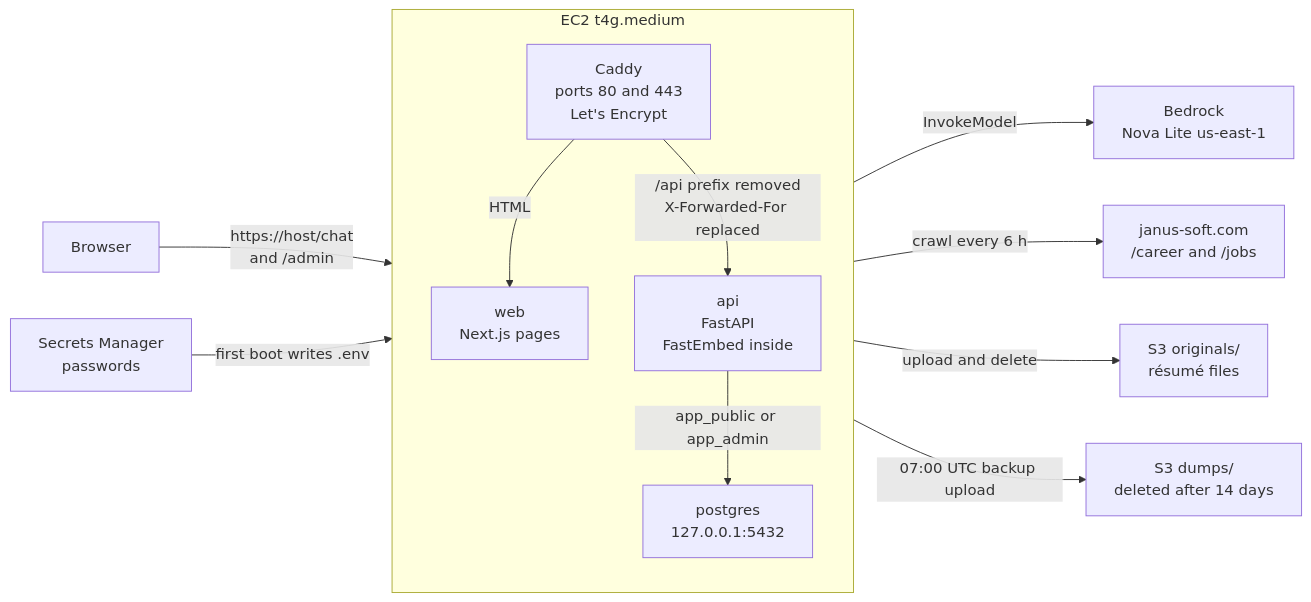
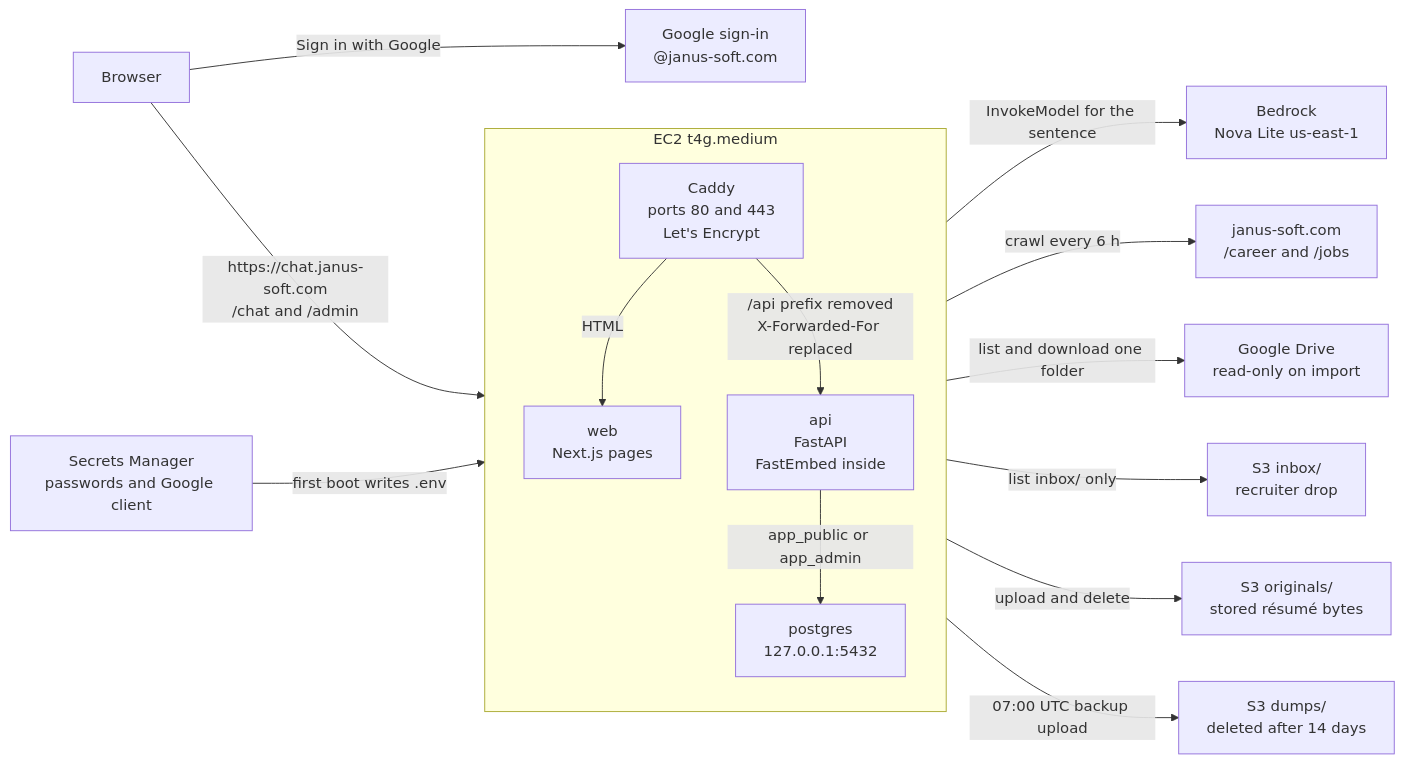
The diagram in docs/diagrams/19-aws-request-flow.mmd (unimbekar/talent-chat), drawn with Mermaid before and after one commit. The commit also changed 33 other files, not shown here.

```diff
--- a/docs/diagrams/19-aws-request-flow.mmd
+++ b/docs/diagrams/19-aws-request-flow.mmd
@@ -1,26 +1,32 @@
 flowchart LR
     browser["Browser"]
 
     subgraph ec2["EC2 t4g.medium"]
         direction TB
         caddy["Caddy<br/>ports 80 and 443<br/>Let's Encrypt"]
         web["web<br/>Next.js pages"]
         api["api<br/>FastAPI<br/>FastEmbed inside"]
         pg["postgres<br/>127.0.0.1:5432"]
     end
 
     careers["janus-soft.com<br/>/career and /jobs"]
+    google["Google sign-in<br/>@janus-soft.com"]
+    drive["Google Drive<br/>read-only on import"]
     bedrock["Bedrock<br/>Nova Lite us-east-1"]
-    originals["S3 originals/<br/>résumé files"]
+    inbox["S3 inbox/<br/>recruiter drop"]
+    originals["S3 originals/<br/>stored résumé bytes"]
     dumps["S3 dumps/<br/>deleted after 14 days"]
-    secret["Secrets Manager<br/>passwords"]
+    secret["Secrets Manager<br/>passwords and Google client"]
 
-    browser -->|"https://host/chat<br/>and /admin"| caddy
+    browser -->|"https://chat.janus-soft.com<br/>/chat and /admin"| caddy
     caddy -->|"HTML"| web
     caddy -->|"/api prefix removed<br/>X-Forwarded-For replaced"| api
     api -->|"app_public or app_admin"| pg
-    api -->|"InvokeModel"| bedrock
+    api -->|"InvokeModel for the sentence"| bedrock
     api -->|"crawl every 6 h"| careers
+    browser -->|"Sign in with Google"| google
+    api -->|"list and download one folder"| drive
+    api -->|"list inbox/ only"| inbox
     api -->|"upload and delete"| originals
     api -->|"07:00 UTC backup upload"| dumps
     secret -->|"first boot writes .env"| ec2
```
